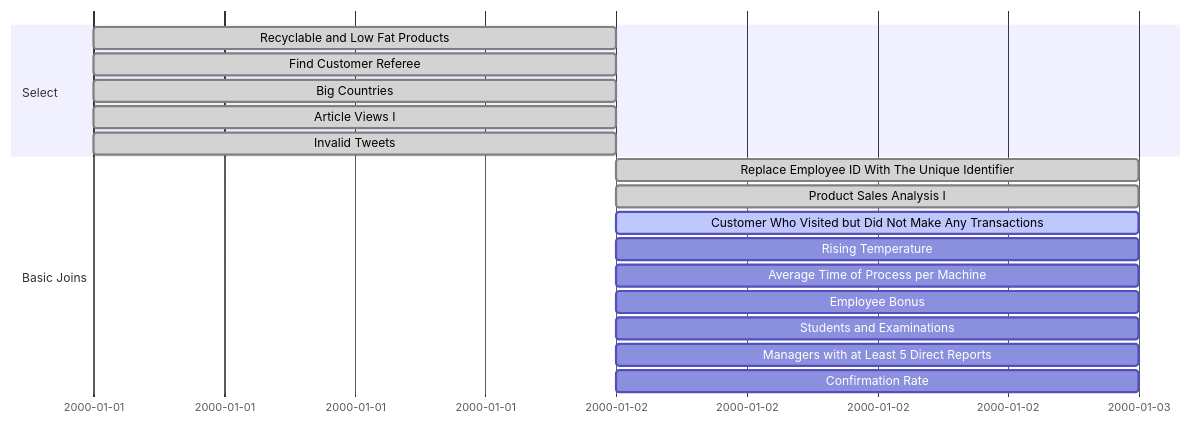
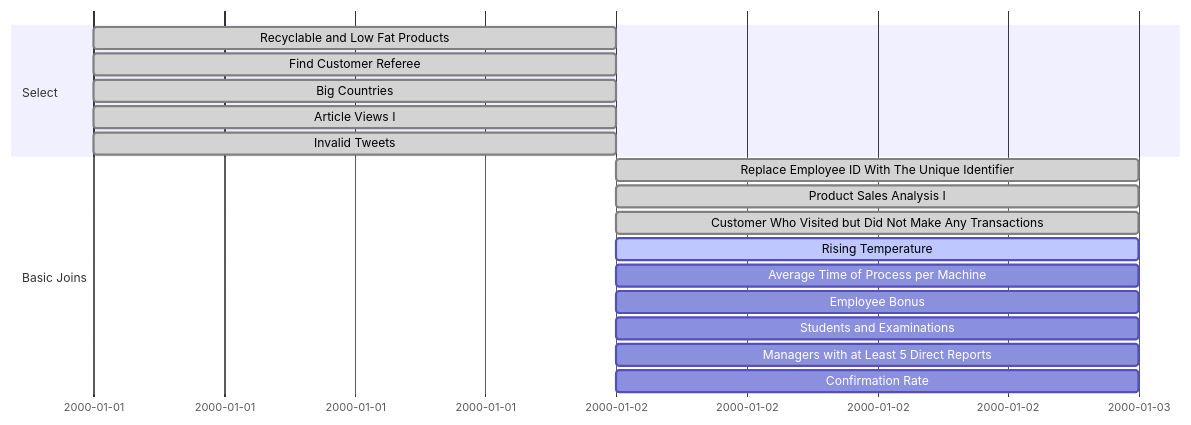
The third of 3 diagrams in README.md (kizzandev/LeetCode), drawn with Mermaid before and after one commit. The commit also changed 1 other file, not shown here.

Commit message:
Solution SQL 50: Customer Who Visited but Did Not Make Any Transactions

````diff
--- a/README.md
+++ b/README.md
@@ -83,20 +83,20 @@
 ```mermaid
 gantt
     section Select
     Recyclable and Low Fat Products: done,   a0, 2000-01-01, 1d
     Find Customer Referee          : done,   a , 2000-01-01, 1d
     Big Countries                  : done,   a , 2000-01-01, 1d
     Article Views I                : done,   a , 2000-01-01, 1d
     Invalid Tweets                 : done,   a , 2000-01-01, 1d
 
     section Basic Joins
     Replace Employee ID With The Unique Identifier        : done,   a1, after a0, 1d
     Product Sales Analysis I                              : done,   a , after a0, 1d
-    Customer Who Visited but Did Not Make Any Transactions: active, a , after a0, 1d
-    Rising Temperature                                    :         a , after a0, 1d
+    Customer Who Visited but Did Not Make Any Transactions: done,   a , after a0, 1d
+    Rising Temperature                                    : active, a , after a0, 1d
     Average Time of Process per Machine                   :         a , after a0, 1d
     Employee Bonus                                        :         a , after a0, 1d
     Students and Examinations                             :         a , after a0, 1d
     Managers with at Least 5 Direct Reports               :         a , after a0, 1d
     Confirmation Rate                                     :         a , after a0, 1d
 ```
````
